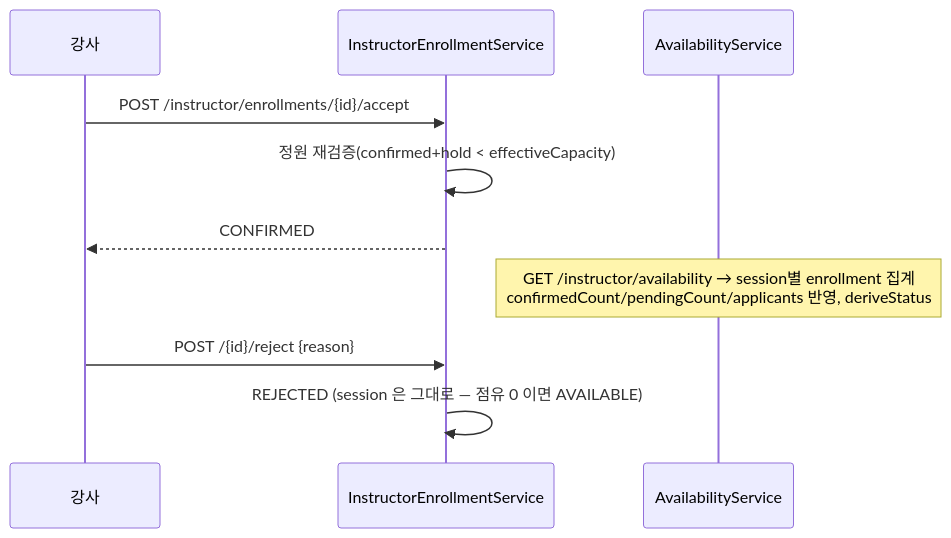
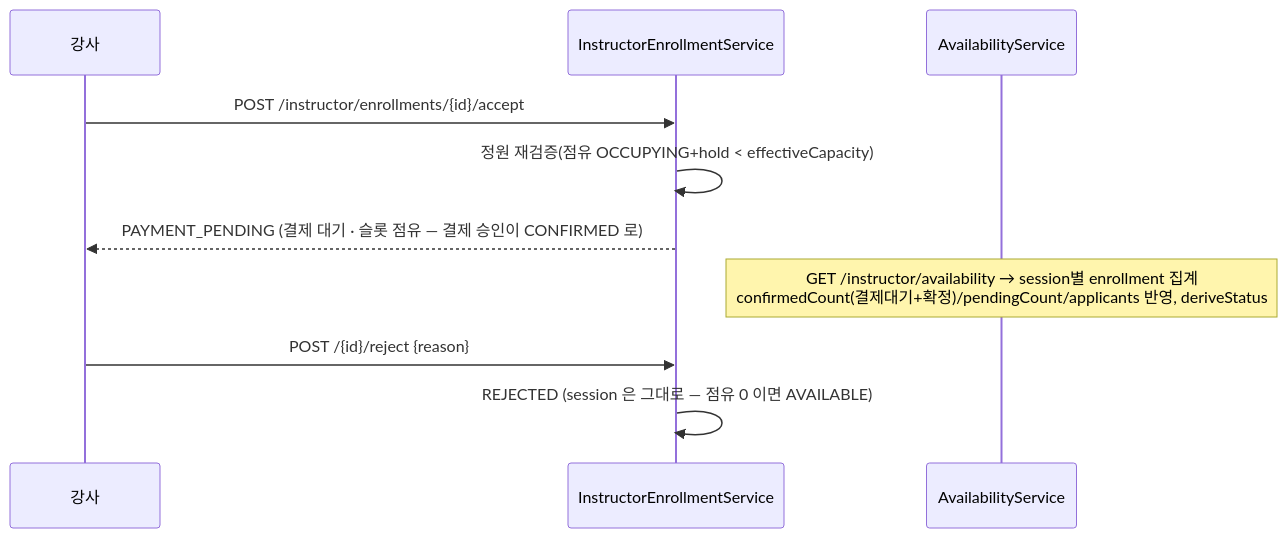
Before and after one commit to pungdong/Pungdong-Backend: the third of 4 diagrams in docs/architecture/enrollment.md, drawn with Mermaid. The commit also changed other lines of this file and 10 other files, not shown here.

````diff
--- a/docs/architecture/enrollment.md
+++ b/docs/architecture/enrollment.md
@@ -64,13 +64,13 @@
 ```mermaid
 sequenceDiagram
   participant I as 강사
   participant IES as InstructorEnrollmentService
   participant AV as AvailabilityService
 
   I->>IES: POST /instructor/enrollments/{id}/accept
-  IES->>IES: 정원 재검증(confirmed+hold < effectiveCapacity)
-  IES-->>I: CONFIRMED
-  Note over AV: GET /instructor/availability → session별 enrollment 집계<br/>confirmedCount/pendingCount/applicants 반영, deriveStatus
+  IES->>IES: 정원 재검증(점유 OCCUPYING+hold < effectiveCapacity)
+  IES-->>I: PAYMENT_PENDING (결제 대기 · 슬롯 점유 — 결제 승인이 CONFIRMED 로)
+  Note over AV: GET /instructor/availability → session별 enrollment 집계<br/>confirmedCount(결제대기+확정)/pendingCount/applicants 반영, deriveStatus
   I->>IES: POST /{id}/reject {reason}
   IES->>IES: REJECTED (session 은 그대로 — 점유 0 이면 AVAILABLE)
 ```
````
